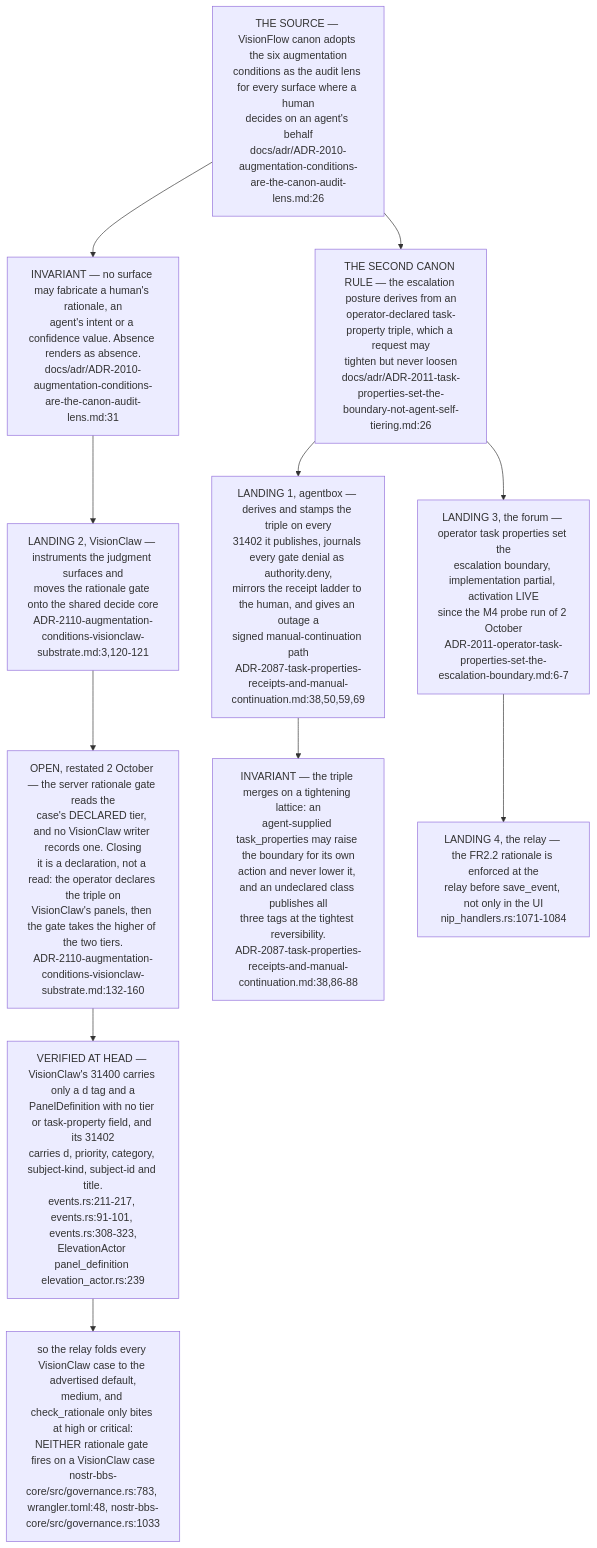
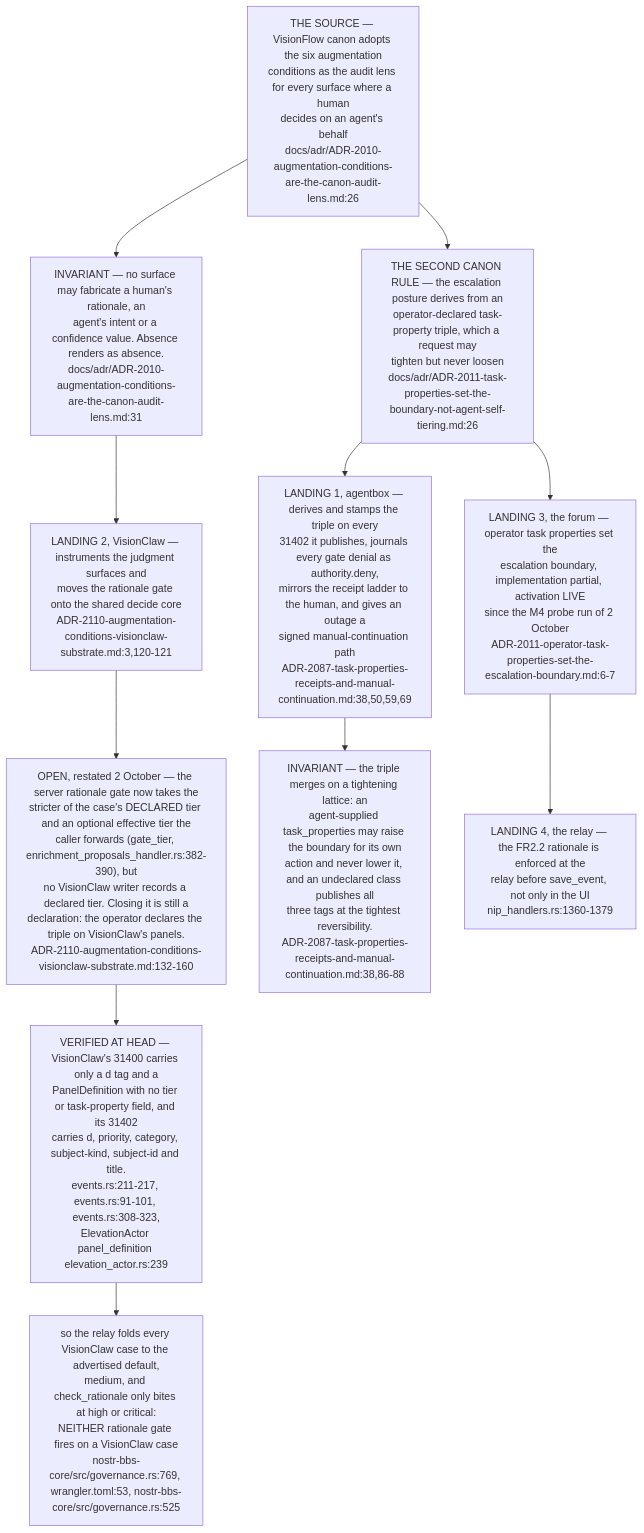
One commit to DreamLab-AI/VisionFlow changed the eighth of 12 diagrams in docs/diagrams/estate/05-governance-loop-across-estate.md. Above: the diagram before and after it, drawn with Mermaid. The commit also changed other lines of this file and 160 other files, not shown here.

````diff
--- a/docs/diagrams/estate/05-governance-loop-across-estate.md
+++ b/docs/diagrams/estate/05-governance-loop-across-estate.md
@@ -242,27 +246,27 @@
 ```mermaid
 flowchart TB
     CANON["THE SOURCE — VisionFlow canon adopts the six augmentation<br/>conditions as the audit lens for every surface where a human<br/>decides on an agent's behalf<br/>docs/adr/ADR-2010-augmentation-conditions-are-the-canon-audit-lens.md:26"]
     RULE["INVARIANT — no surface may fabricate a human's rationale, an<br/>agent's intent or a confidence value. Absence renders as absence.<br/>docs/adr/ADR-2010-augmentation-conditions-are-the-canon-audit-lens.md:31"]
     BOUND["THE SECOND CANON RULE — the escalation posture derives from an<br/>operator-declared task-property triple, which a request may<br/>tighten but never loosen<br/>docs/adr/ADR-2011-task-properties-set-the-boundary-not-agent-self-tiering.md:26"]
     CANON --> RULE
     CANON --> BOUND
 
     AB["LANDING 1, agentbox — derives and stamps the triple on every<br/>31402 it publishes, journals every gate denial as authority.deny,<br/>mirrors the receipt ladder to the human, and gives an outage a<br/>signed manual-continuation path<br/>ADR-2087-task-properties-receipts-and-manual-continuation.md:38,50,59,69"]
     VC["LANDING 2, VisionClaw — instruments the judgment surfaces and<br/>moves the rationale gate onto the shared decide core<br/>ADR-2110-augmentation-conditions-visionclaw-substrate.md:3,120-121"]
     FRM["LANDING 3, the forum — operator task properties set the<br/>escalation boundary, implementation partial, activation LIVE<br/>since the M4 probe run of 2 October<br/>ADR-2011-operator-task-properties-set-the-escalation-boundary.md:6-7"]
-    REL["LANDING 4, the relay — the FR2.2 rationale is enforced at the<br/>relay before save_event, not only in the UI<br/>nip_handlers.rs:1071-1084"]
+    REL["LANDING 4, the relay — the FR2.2 rationale is enforced at the<br/>relay before save_event, not only in the UI<br/>nip_handlers.rs:1360-1379"]
 
     BOUND --> AB
     RULE --> VC
     BOUND --> FRM
     FRM --> REL
 
-    OPEN["OPEN, restated 2 October — the server rationale gate reads the<br/>case's DECLARED tier, and no VisionClaw writer records one. Closing<br/>it is a declaration, not a read: the operator declares the triple on<br/>VisionClaw's panels, then the gate takes the higher of the two tiers.<br/>ADR-2110-augmentation-conditions-visionclaw-substrate.md:132-160"]
+    OPEN["OPEN, restated 2 October — the server rationale gate now takes the<br/>stricter of the case's DECLARED tier and an optional effective tier the<br/>caller forwards (gate_tier, enrichment_proposals_handler.rs:382-390), but<br/>no VisionClaw writer records a declared tier. Closing it is still a<br/>declaration: the operator declares the triple on VisionClaw's panels.<br/>ADR-2110-augmentation-conditions-visionclaw-substrate.md:132-160"]
     NOTIER["VERIFIED AT HEAD — VisionClaw's 31400 carries only a d tag and a<br/>PanelDefinition with no tier or task-property field, and its 31402<br/>carries d, priority, category, subject-kind, subject-id and title.<br/>events.rs:211-217, events.rs:91-101, events.rs:308-323,<br/>ElevationActor panel_definition elevation_actor.rs:239"]
-    MED["so the relay folds every VisionClaw case to the advertised default,<br/>medium, and check_rationale only bites at high or critical:<br/>NEITHER rationale gate fires on a VisionClaw case<br/>nostr-bbs-core/src/governance.rs:783, wrangler.toml:48, nostr-bbs-core/src/governance.rs:1033"]
+    MED["so the relay folds every VisionClaw case to the advertised default,<br/>medium, and check_rationale only bites at high or critical:<br/>NEITHER rationale gate fires on a VisionClaw case<br/>nostr-bbs-core/src/governance.rs:769, wrangler.toml:53, nostr-bbs-core/src/governance.rs:525"]
     OPEN --> NOTIER --> MED
     VC --> OPEN
 
     TIGHT["INVARIANT — the triple merges on a tightening lattice: an<br/>agent-supplied task_properties may raise the boundary for its own<br/>action and never lower it, and an undeclared class publishes all<br/>three tags at the tightest reversibility.<br/>ADR-2087-task-properties-receipts-and-manual-continuation.md:38,86-88"]
     AB --> TIGHT
 ```
````
